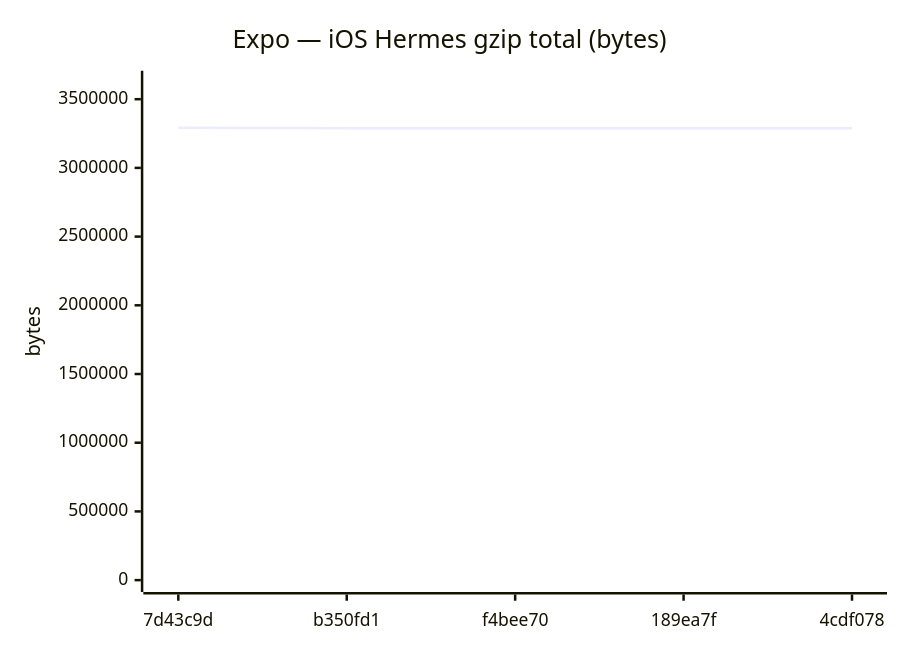
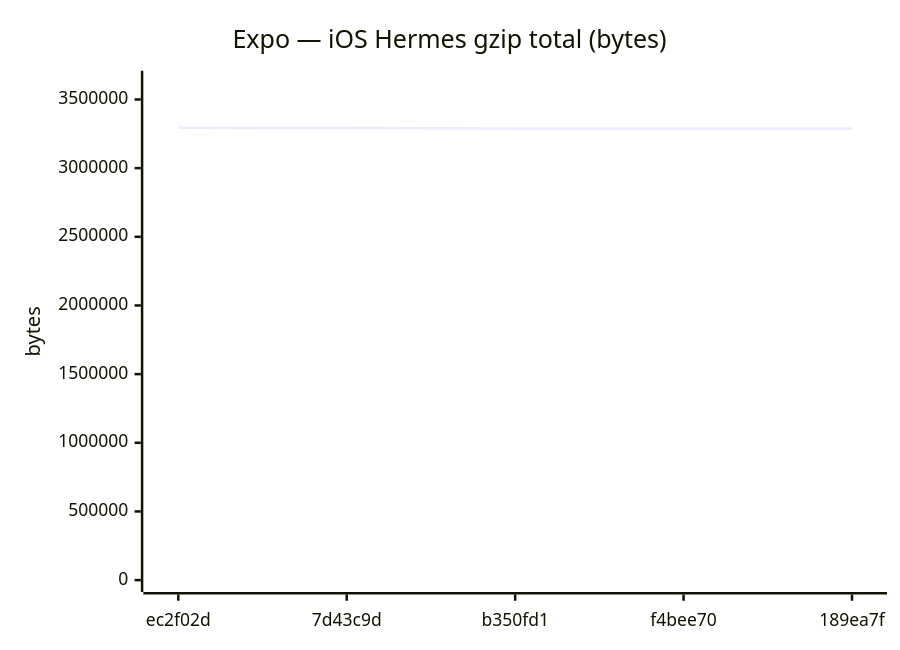
One commit to Metaheurist/Rianell changed diagram 12 of 18 in benchmarks/compare.md. Above: the diagram before and after it, drawn with Mermaid. The commit also changed other lines of this file and 11 other files, not shown here.

````diff
--- a/benchmarks/compare.md
+++ b/benchmarks/compare.md
@@ -179,7 +179,7 @@
 ```mermaid
 xychart-beta
     title "Expo — iOS Hermes gzip total (bytes)"
-    x-axis ["7d43c9d", "b350fd1", "f4bee70", "189ea7f", "4cdf078"]
-    y-axis "bytes" 0 --> 3620536
-    line [3291396, 3288856, 3288399, 3288861, 3288877]
+    x-axis ["ec2f02d", "7d43c9d", "b350fd1", "f4bee70", "189ea7f"]
+    y-axis "bytes" 0 --> 3622646
+    line [3293314, 3291396, 3288856, 3288399, 3288861]
 ```
````
